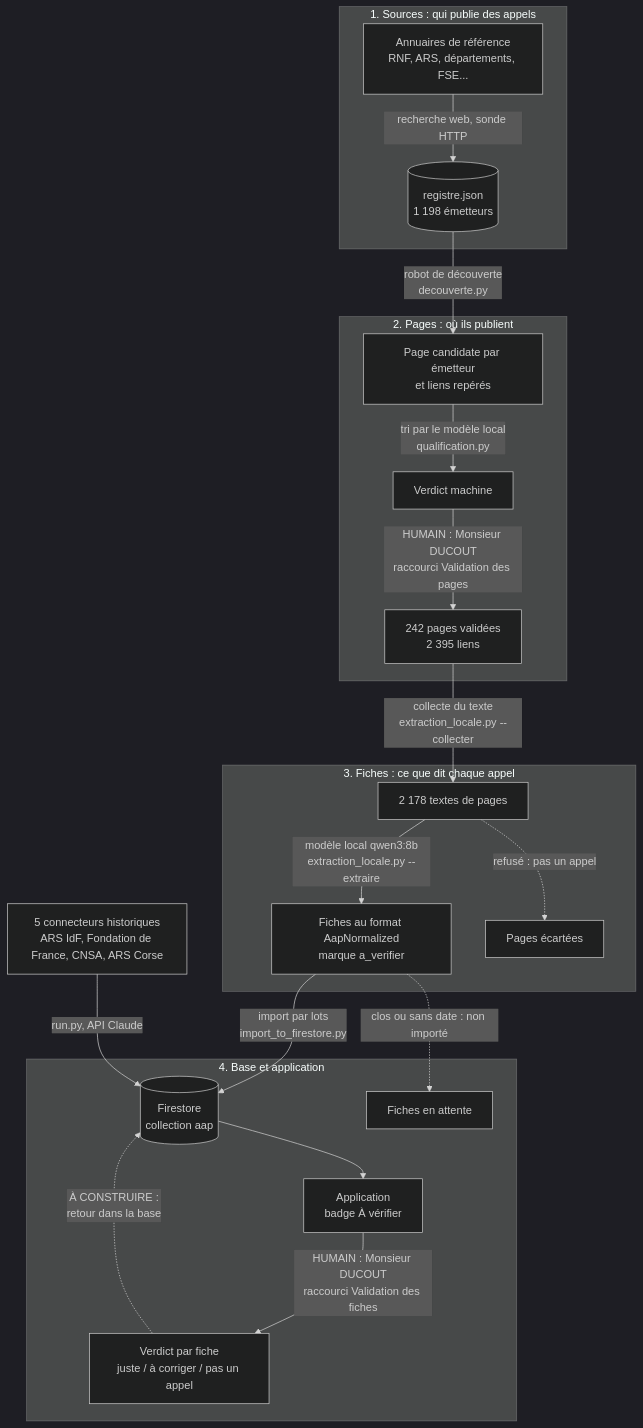
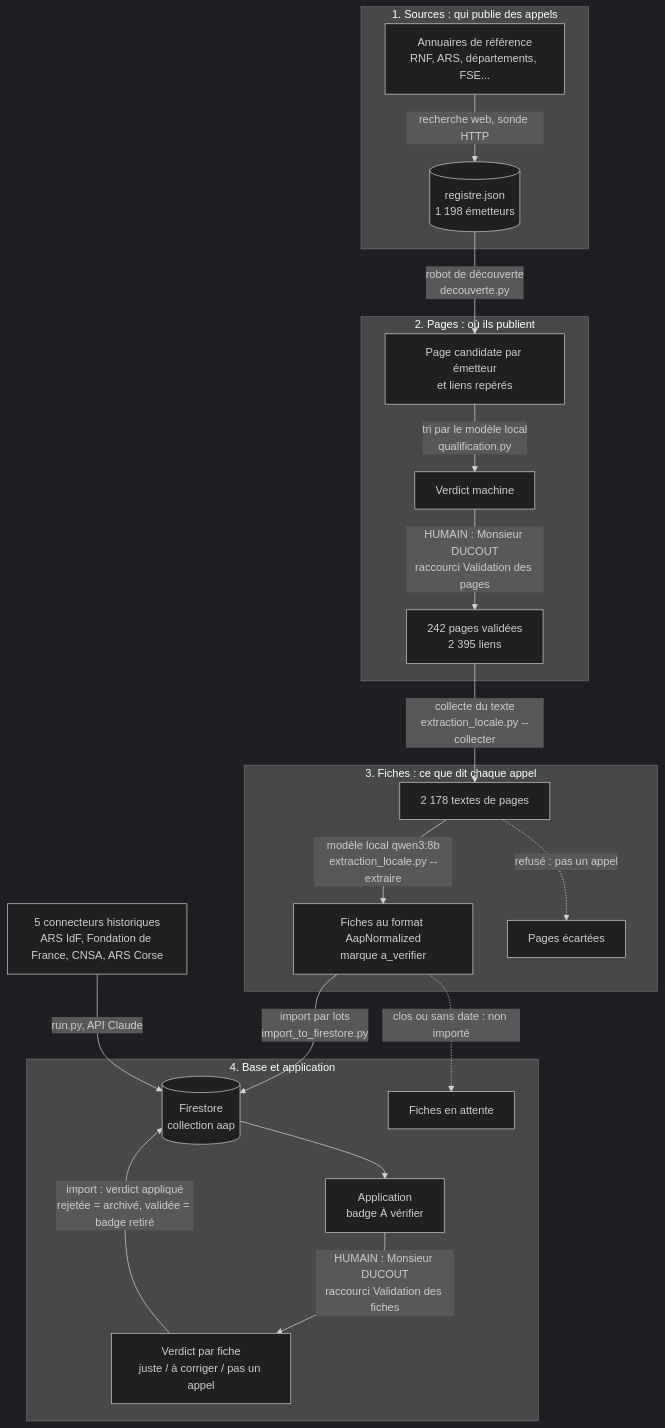
The diagram in docs/FLUX_DONNEES.md (ducoutpy-lgtm/AAP), drawn with Mermaid (dark theme) before and after one commit. The commit also changed other lines of this file and 23 other files, not shown here.

````diff
--- a/docs/FLUX_DONNEES.md
+++ b/docs/FLUX_DONNEES.md
@@ -8,24 +8,24 @@
 ```mermaid
 flowchart TB
     subgraph E1[1. Sources : qui publie des appels]
         A1[Annuaires de référence<br/>RNF, ARS, départements, FSE...] -->|recherche web, sonde HTTP| R[(registre.json<br/>1 198 émetteurs)]
     end
     subgraph E2[2. Pages : où ils publient]
         R -->|robot de découverte<br/>decouverte.py| P[Page candidate par émetteur<br/>et liens repérés]
         P -->|tri par le modèle local<br/>qualification.py| Q[Verdict machine]
         Q -->|HUMAIN : Monsieur DUCOUT<br/>raccourci Validation des pages| V1[242 pages validées<br/>2 395 liens]
     end
     subgraph E3[3. Fiches : ce que dit chaque appel]
         V1 -->|collecte du texte<br/>extraction_locale.py --collecter| T[2 178 textes de pages]
         T -->|modèle local qwen3:8b<br/>extraction_locale.py --extraire| F[Fiches au format AapNormalized<br/>marque a_verifier]
         T -.->|refusé : pas un appel| X[Pages écartées]
     end
     subgraph E4[4. Base et application]
         F -->|import par lots<br/>import_to_firestore.py| B[(Firestore<br/>collection aap)]
         F -.->|clos ou sans date : non importé| N[Fiches en attente]
         B --> W[Application<br/>badge À vérifier]
         W -->|HUMAIN : Monsieur DUCOUT<br/>raccourci Validation des fiches| V2[Verdict par fiche<br/>juste / à corriger / pas un appel]
-        V2 -.->|À CONSTRUIRE :<br/>retour dans la base| B
+        V2 -->|import : verdict appliqué<br/>rejetée = archivé, validée = badge retiré| B
     end
     C5[5 connecteurs historiques<br/>ARS IdF, Fondation de France, CNSA, ARS Corse] -->|run.py, API Claude| B
 ```
````
